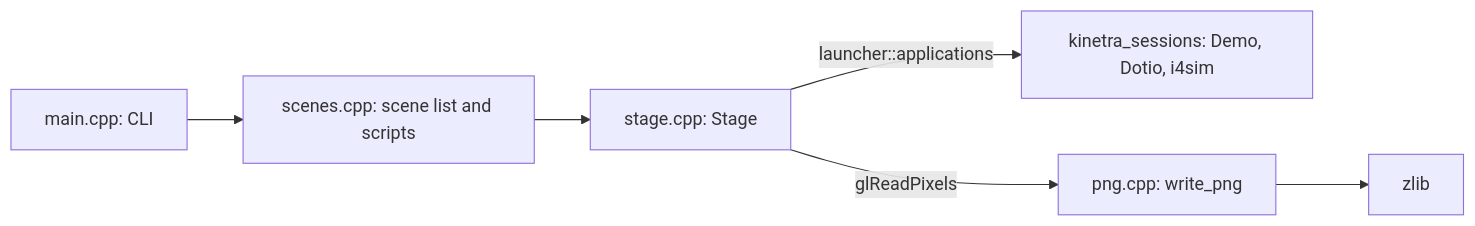
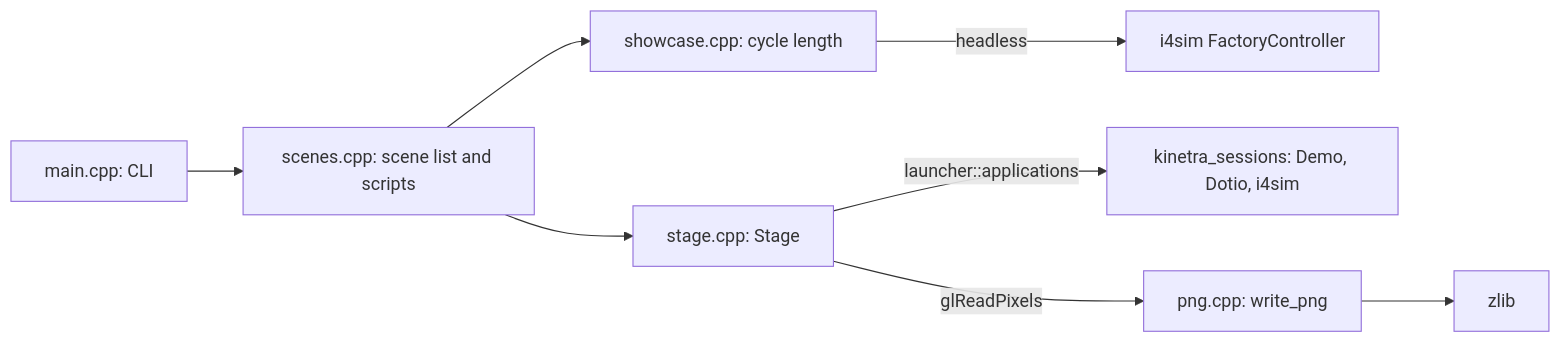
The first of 2 diagrams in tools/capture/README.md (SMB-M87/Kinetra-Lab), drawn with Mermaid before and after one commit. The commit also changed other lines of this file and 14 other files, not shown here.

First line of the commit message:
feat(tools): capture one cycle of each i4sim showcase scene

````diff
--- a/tools/capture/README.md
+++ b/tools/capture/README.md
@@ -44,8 +45,10 @@
 ```mermaid
 flowchart LR
     Main[main.cpp: CLI] --> Scenes[scenes.cpp: scene list and scripts]
     Scenes --> Stage[stage.cpp: Stage]
+    Scenes --> Showcase[showcase.cpp: cycle length]
+    Showcase -->|headless| Controller[i4sim FactoryController]
     Stage -->|launcher::applications| Sessions[kinetra_sessions: Demo, Dotio, i4sim]
     Stage -->|glReadPixels| Png[png.cpp: write_png]
     Png --> Zlib[zlib]
 ```
````
